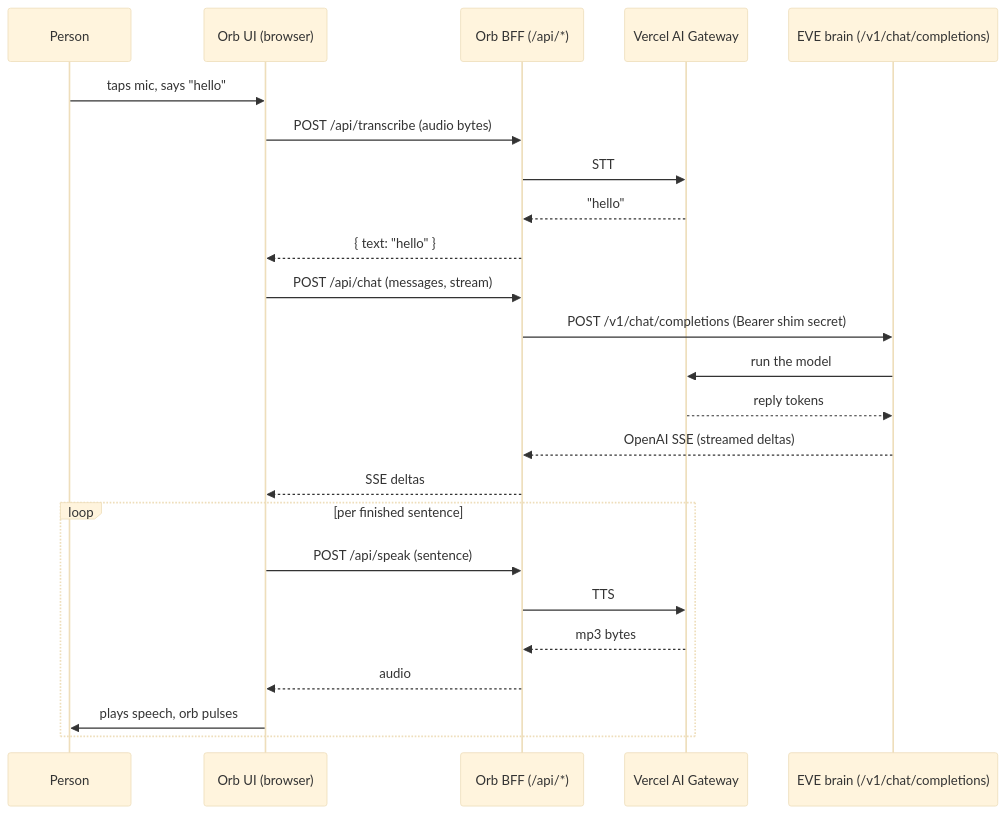
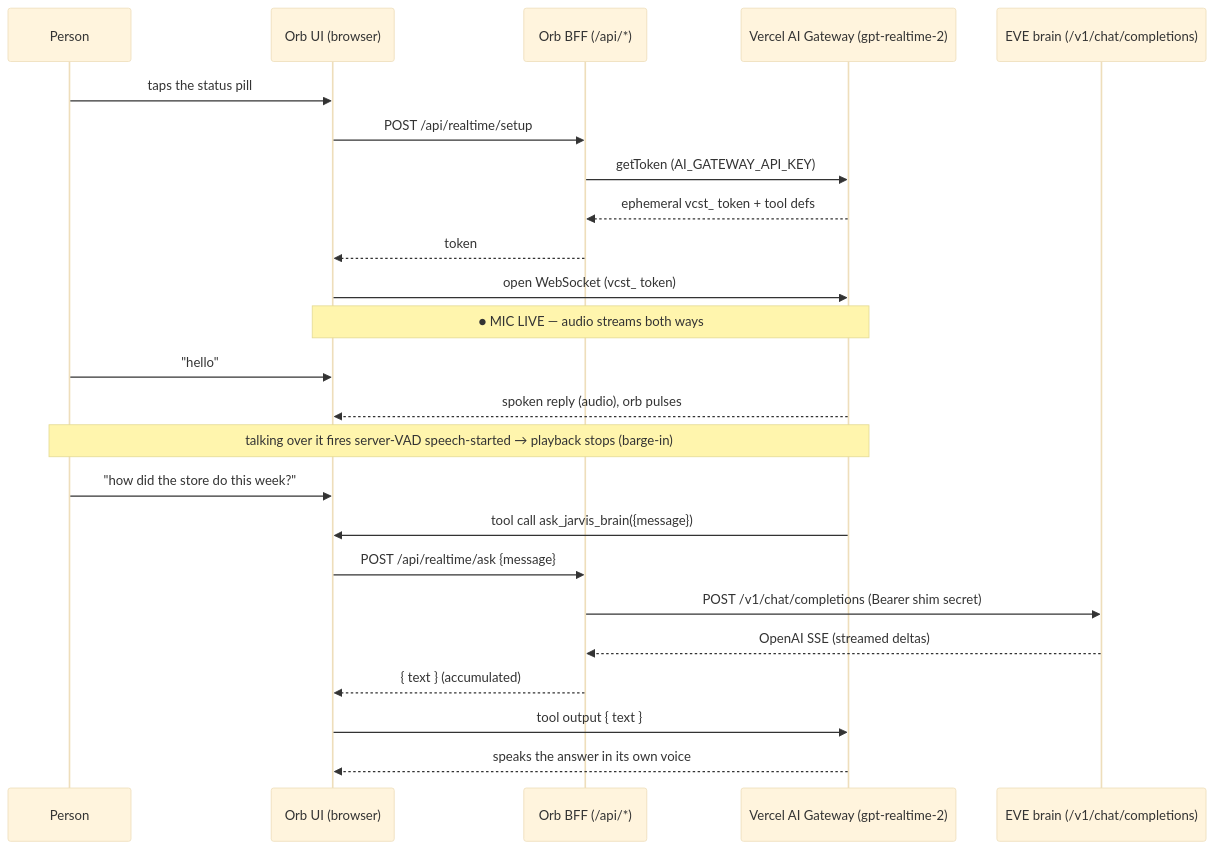
Before and after one commit to tfcbot/jarvis-style-agent: the second of 3 diagrams in docs/architecture.md, drawn with Mermaid (base theme). The commit also changed other lines of this file and 3 other files, not shown here.

First line of the commit message:
docs: spec docs match the realtime architecture

````diff
--- a/docs/architecture.md
+++ b/docs/architecture.md
@@ -72,29 +74,29 @@
 ```mermaid
 sequenceDiagram
   participant P as Person
   participant Orb as Orb UI (browser)
   participant BFF as Orb BFF (/api/*)
-  participant GW as Vercel AI Gateway
+  participant GW as Vercel AI Gateway (gpt-realtime-2)
   participant Brain as EVE brain (/v1/chat/completions)
 
-  P->>Orb: taps mic, says "hello"
-  Orb->>BFF: POST /api/transcribe (audio bytes)
-  BFF->>GW: STT
-  GW-->>BFF: "hello"
-  BFF-->>Orb: { text: "hello" }
+  P->>Orb: taps the status pill
+  Orb->>BFF: POST /api/realtime/setup
+  BFF->>GW: getToken (AI_GATEWAY_API_KEY)
+  GW-->>BFF: ephemeral vcst_ token + tool defs
+  BFF-->>Orb: token
+  Orb->>GW: open WebSocket (vcst_ token)
+  Note over Orb,GW: ● MIC LIVE — audio streams both ways
 
-  Orb->>BFF: POST /api/chat (messages, stream)
+  P->>Orb: "hello"
+  GW-->>Orb: spoken reply (audio), orb pulses
+  Note over P,GW: talking over it fires server-VAD speech-started → playback stops (barge-in)
+
+  P->>Orb: "how did the store do this week?"
+  GW->>Orb: tool call ask_jarvis_brain({message})
+  Orb->>BFF: POST /api/realtime/ask {message}
   BFF->>Brain: POST /v1/chat/completions (Bearer shim secret)
-  Brain->>GW: run the model
-  GW-->>Brain: reply tokens
   Brain-->>BFF: OpenAI SSE (streamed deltas)
-  BFF-->>Orb: SSE deltas
-
-  loop per finished sentence
-    Orb->>BFF: POST /api/speak (sentence)
-    BFF->>GW: TTS
-    GW-->>BFF: mp3 bytes
-    BFF-->>Orb: audio
-    Orb->>P: plays speech, orb pulses
-  end
+  BFF-->>Orb: { text } (accumulated)
+  Orb->>GW: tool output { text }
+  GW-->>Orb: speaks the answer in its own voice
 ```
````
